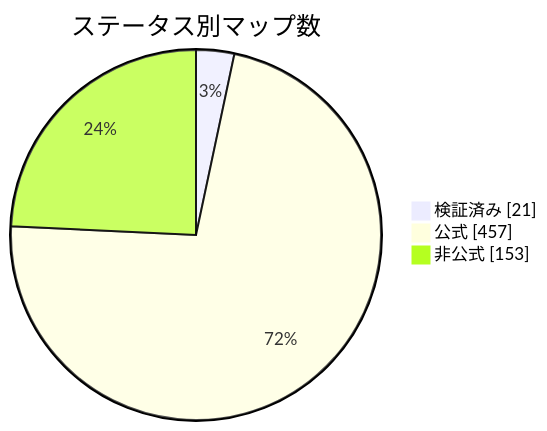
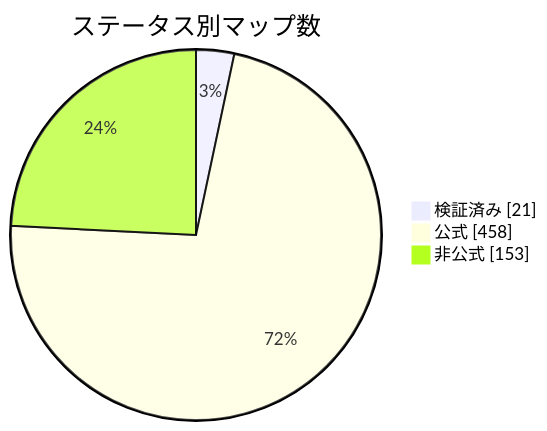
The diagram in docs/readme/README_JP.md (nobrega8/mbmap-library), drawn with Mermaid before and after one commit. The commit also changed 6 other files, not shown here.

````diff
--- a/docs/readme/README_JP.md
+++ b/docs/readme/README_JP.md
@@ -54,7 +54,7 @@
 ```mermaid
 pie showData
     title ステータス別マップ数
     "検証済み" : 21
-    "公式" : 457
+    "公式" : 458
     "非公式" : 153
 ```
````
